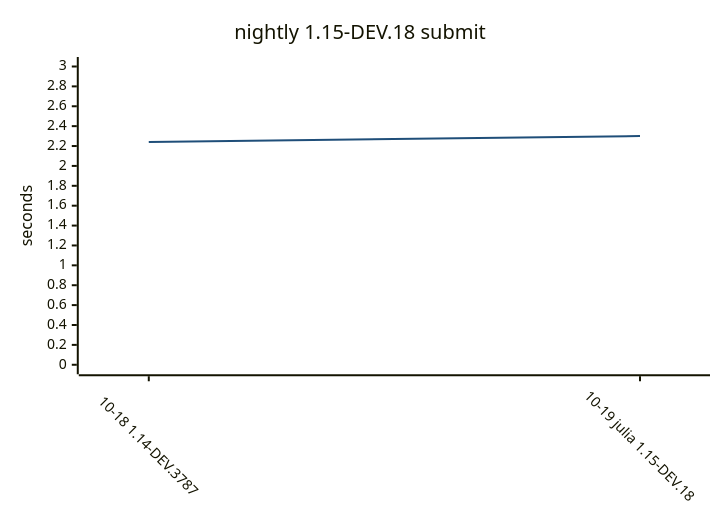
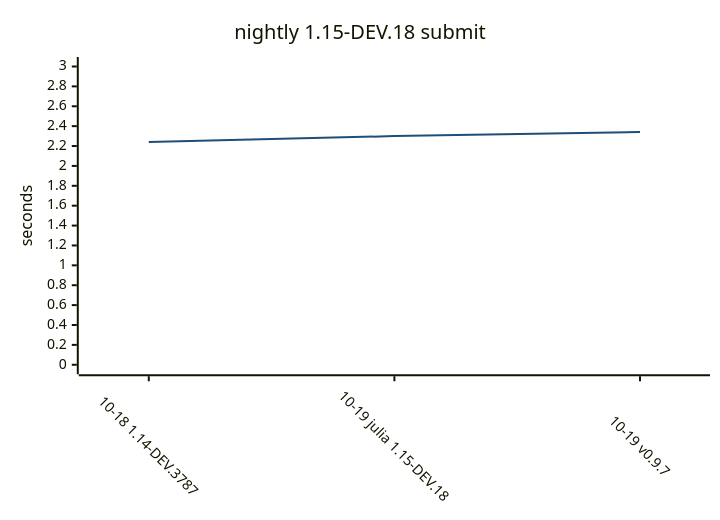
Before and after one commit to yamanori99/DistSSHQueue.jl: diagram 13 of 15 in README.md, drawn with Mermaid. The commit also changed other lines of this file and 1 other file, not shown here.

````diff
--- a/README.md
+++ b/README.md
@@ -449,17 +447,17 @@
 ```mermaid
 ---
 config:
   theme: base
   themeVariables:
     xyChart:
       plotColorPalette: "#1f4e79"
   xyChart:
     xAxis:
       labelRotation: 45
 ---
 xychart-beta
     title "nightly 1.15-DEV.18 submit"
-    x-axis ["10-18 1.14-DEV.3787", "10-19 julia 1.15-DEV.18"]
+    x-axis ["10-18 1.14-DEV.3787", "10-19 julia 1.15-DEV.18", "10-19 v0.9.7"]
     y-axis "seconds" 0 --> 3
-    line [2.24, 2.3]
+    line [2.24, 2.3, 2.34]
 ```
````
